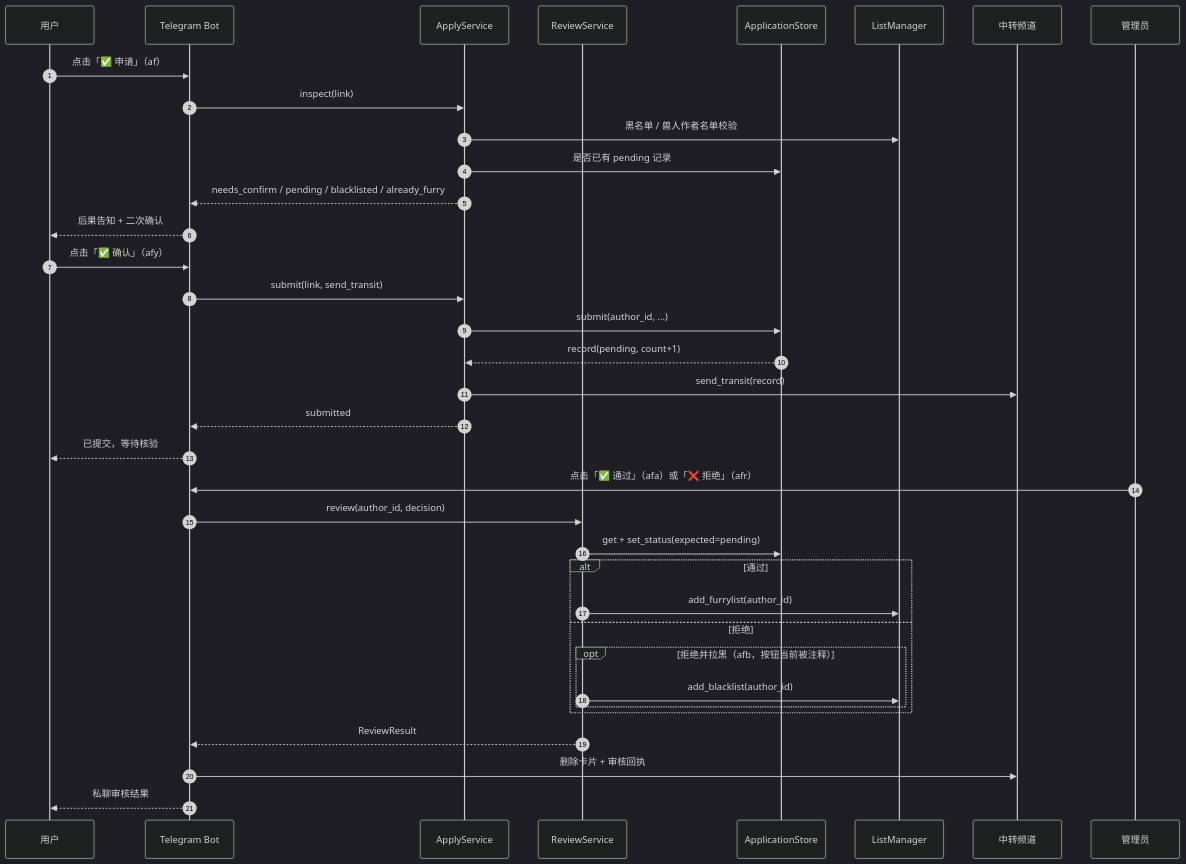
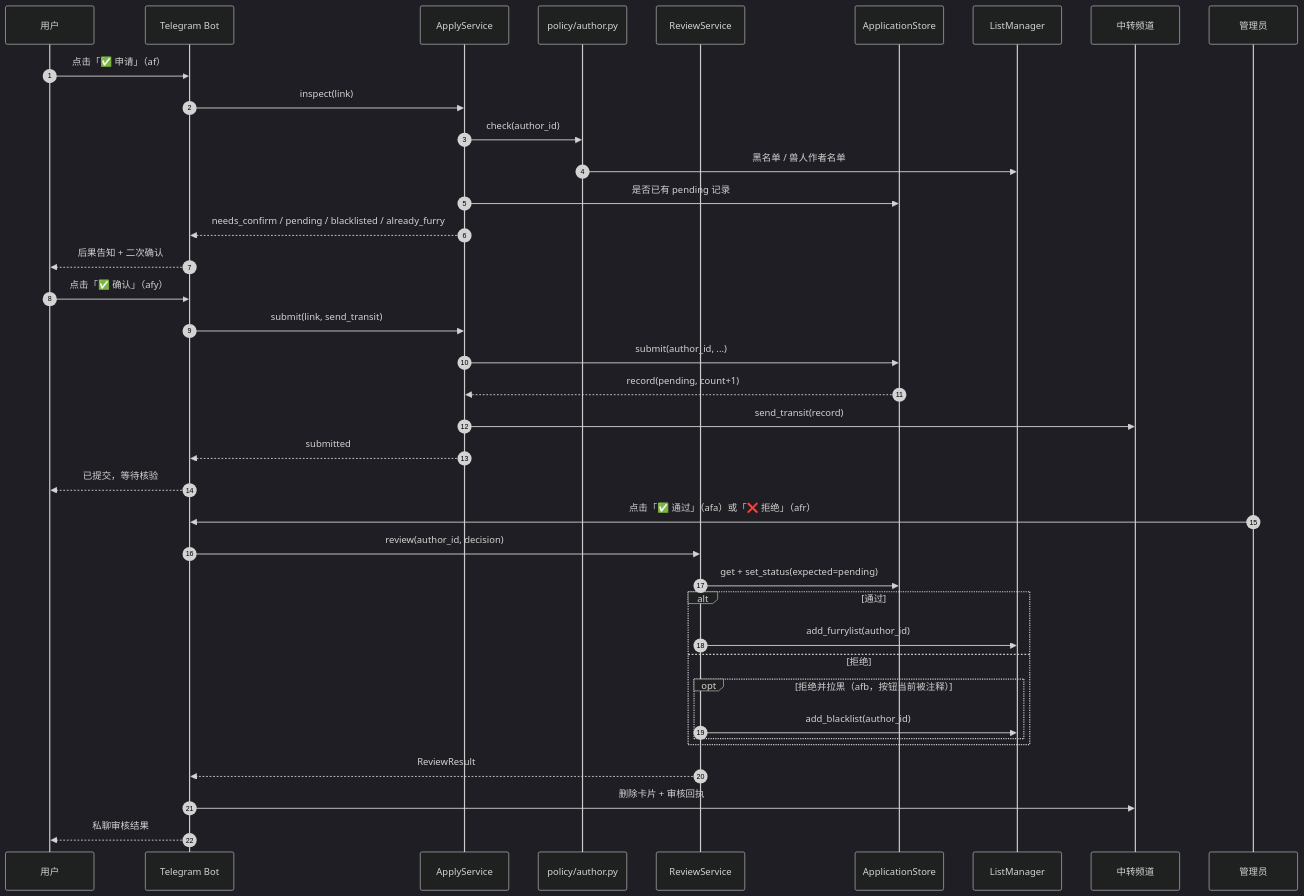
One commit to DowneyRem/FurryReadingBot changed the second of 3 diagrams in docs/05-运行时序.md. Above: the diagram before and after it, drawn with Mermaid (dark theme). The commit also changed other lines of this file and 6 other files, not shown here.

````diff
--- a/docs/05-运行时序.md
+++ b/docs/05-运行时序.md
@@ -80,43 +83,45 @@
 ```mermaid
 sequenceDiagram
     autonumber
     participant user as 用户
     participant telegramBot as Telegram Bot
     participant applyService as ApplyService
+    participant authorPolicy as policy/author.py
     participant reviewService as ReviewService
     participant applications as ApplicationStore
     participant listManager as ListManager
     participant transit as 中转频道
     participant admin as 管理员
 
     user->>telegramBot: 点击「✅ 申请」（af）
     telegramBot->>applyService: inspect(link)
-    applyService->>listManager: 黑名单 / 兽人作者名单校验
+    applyService->>authorPolicy: check(author_id)
+    authorPolicy->>listManager: 黑名单 / 兽人作者名单
     applyService->>applications: 是否已有 pending 记录
     applyService-->>telegramBot: needs_confirm / pending / blacklisted / already_furry
     telegramBot-->>user: 后果告知 + 二次确认
 
     user->>telegramBot: 点击「✅ 确认」（afy）
     telegramBot->>applyService: submit(link, send_transit)
     applyService->>applications: submit(author_id, ...)
     applications-->>applyService: record(pending, count+1)
     applyService->>transit: send_transit(record)
     applyService-->>telegramBot: submitted
     telegramBot-->>user: 已提交，等待核验
 
     admin->>telegramBot: 点击「✅ 通过」（afa）或「❌ 拒绝」（afr）
     telegramBot->>reviewService: review(author_id, decision)
     reviewService->>applications: get + set_status(expected=pending)
 
     alt 通过
         reviewService->>listManager: add_furrylist(author_id)
     else 拒绝
         opt 拒绝并拉黑（afb，按钮当前被注释）
             reviewService->>listManager: add_blacklist(author_id)
         end
     end
 
     reviewService-->>telegramBot: ReviewResult
     telegramBot->>transit: 删除卡片 + 审核回执
     telegramBot-->>user: 私聊审核结果
 ```
````
